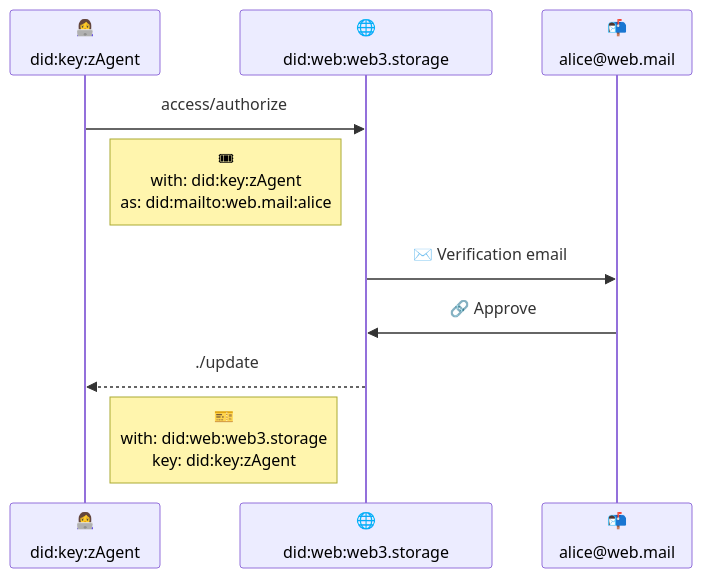
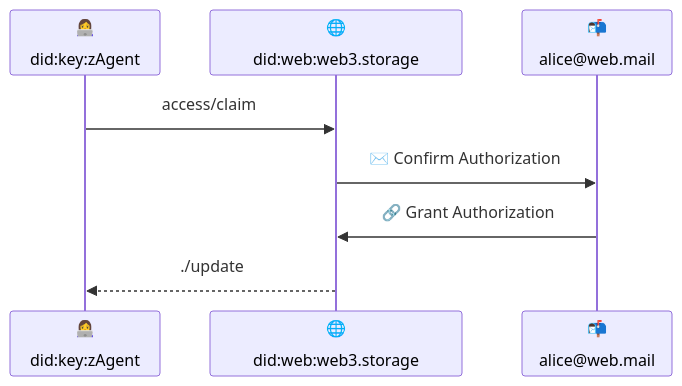
One commit to storacha/specs changed the diagram in w3-session.md. Above: the diagram before and after it, drawn with Mermaid. The commit also changed other lines of this file, not shown here.

Commit message:
feat: non-sudo authorization

````diff
--- a/w3-session.md
+++ b/w3-session.md
@@ -53,13 +91,12 @@
 ```mermaid
 sequenceDiagram
   participant Agent as 👩‍💻<br/><br/>did:key:zAgent
   participant W3 as 🌐<br/><br/>did:web:web3.storage #32;
   participant Email as 📬<br/><br/>alice@web.mail
 
-  Agent ->> W3: access/authorize
-  Note right of Agent:🎟<br/>with: did:key:zAgent<br/>as: did:mailto:web.mail:alice
-  W3 ->> Email: ✉️ Verification email
-  Email ->> W3: 🔗 Approve
+  Agent ->> W3: access/claim
+  
+  W3 ->> Email: ✉️ Confirm Authorization 
+  Email ->> W3: 🔗 Grant Authorization
   W3 -->> Agent: ./update
-    Note right of Agent:🎫<br/>with: did:web:web3.storage<br/>key: did:key:zAgent
 ```
````
